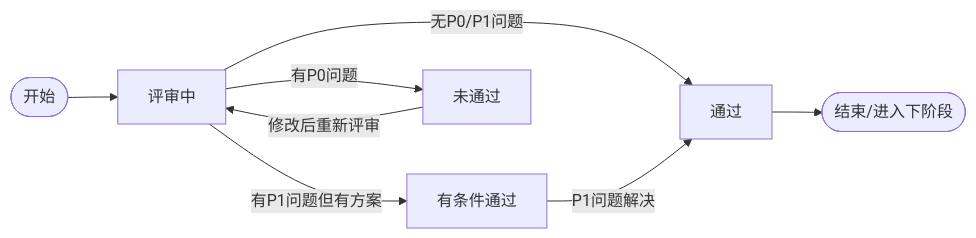
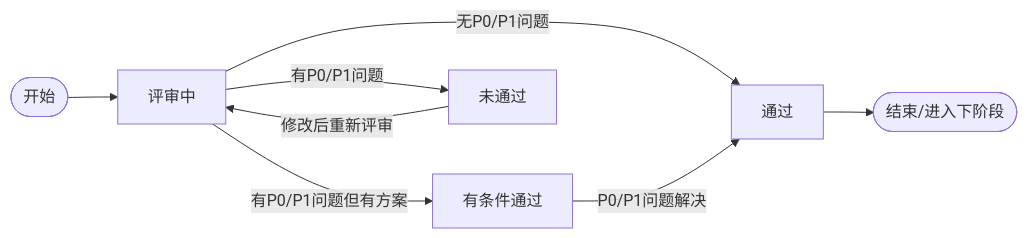
Before and after one commit to Taskon-xyz/PR: the third of 11 diagrams in 开发流程图.md, drawn with Mermaid. The commit also changed other lines of this file and 1 other file, not shown here.

````diff
--- a/开发流程图.md
+++ b/开发流程图.md
@@ -106,10 +106,10 @@
 ```mermaid
 flowchart LR
     Start([开始]) --> A[评审中]
     A -->|无P0/P1问题| B[通过]
-    A -->|有P1问题但有方案| C[有条件通过]
-    A -->|有P0问题| D[未通过]
-    C -->|P1问题解决| B
+    A -->|有P0/P1问题但有方案| C[有条件通过]
+    A -->|有P0/P1问题| D[未通过]
+    C -->|P0/P1问题解决| B
     D -->|修改后重新评审| A
     B --> End([结束/进入下阶段])
 ```
````
